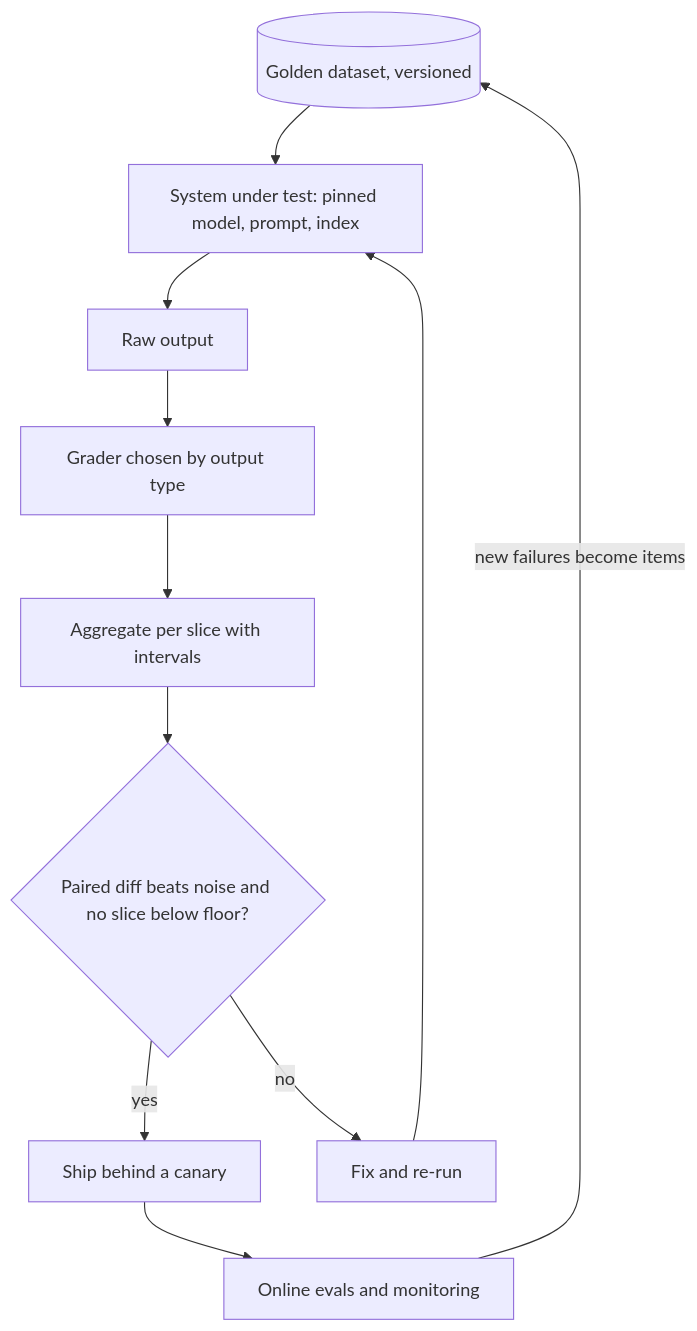
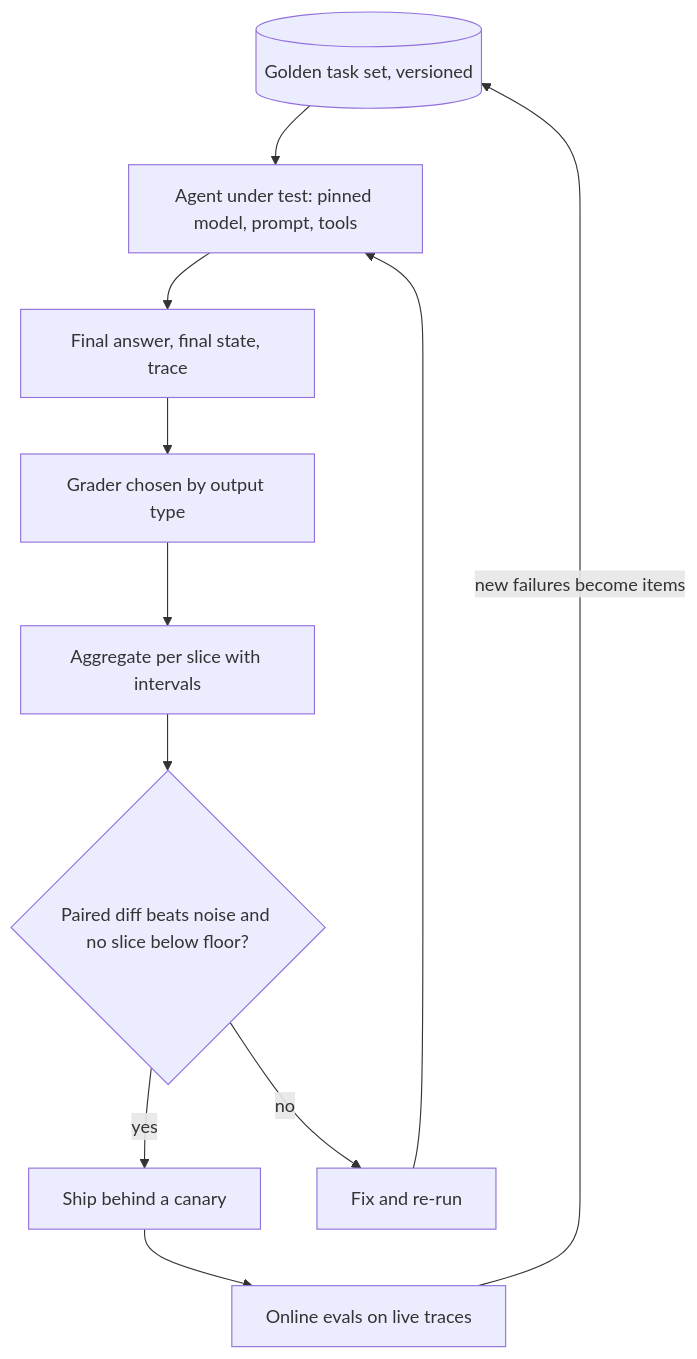
One commit to lovishmahajan97/agentic-learning changed the diagram in content/evals/model-evaluation.md. Above: the diagram before and after it, drawn with Mermaid. The commit also changed other lines of this file and 266 other files, not shown here.

````diff
--- a/content/evals/model-evaluation.md
+++ b/content/evals/model-evaluation.md
@@ -137,13 +159,13 @@
 ```mermaid
 flowchart TD
-    D[("Golden dataset, versioned")] --> S["System under test: pinned model, prompt, index"]
-    S --> O["Raw output"]
+    D[("Golden task set, versioned")] --> S["Agent under test: pinned model, prompt, tools"]
+    S --> O["Final answer, final state, trace"]
     O --> G["Grader chosen by output type"]
     G --> A["Aggregate per slice with intervals"]
     A --> Q{"Paired diff beats noise and no slice below floor?"}
     Q -->|"yes"| R["Ship behind a canary"]
     Q -->|"no"| F["Fix and re-run"]
     F --> S
-    R --> M["Online evals and monitoring"]
+    R --> M["Online evals on live traces"]
     M -->|"new failures become items"| D
 ```
````
